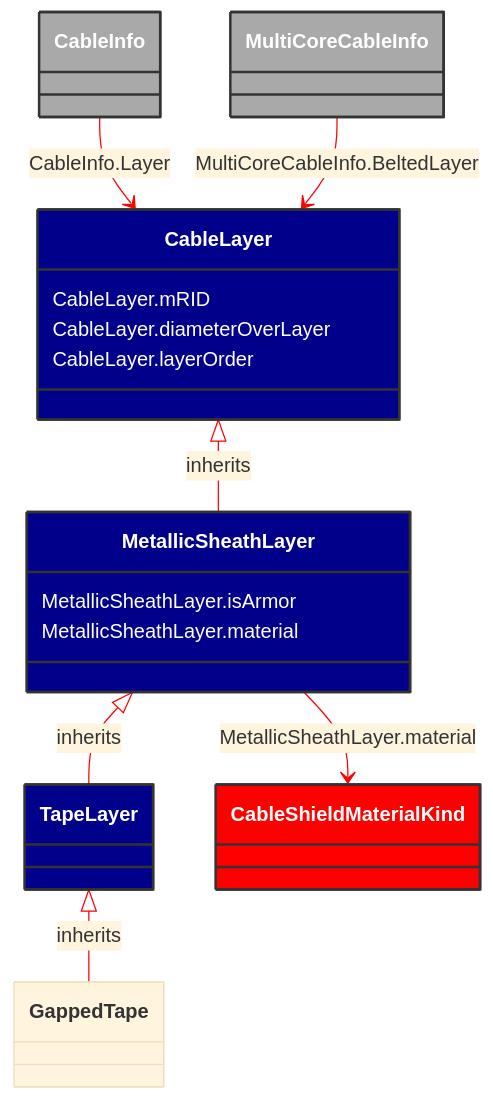
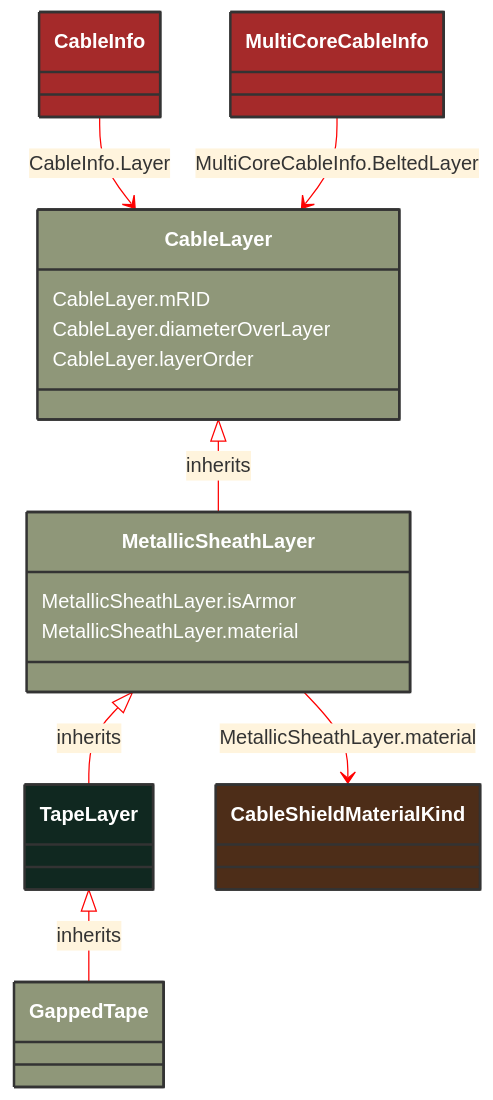
One commit to 3lbits/NoCIMExtensions changed the diagram in docs/Models/Profiles/SubseaCableInfo/ConcreteClasses/TapeLayer.md. Above: the diagram before and after it, drawn with Mermaid. The commit also changed 190 other files, not shown here.

````diff
--- a/docs/Models/Profiles/SubseaCableInfo/ConcreteClasses/TapeLayer.md
+++ b/docs/Models/Profiles/SubseaCableInfo/ConcreteClasses/TapeLayer.md
@@ -8,48 +8,46 @@
 ```mermaid
 %%{init: {'theme':'base','themeVariables': {'lineColor': '#FF0000'}}}%%
 classDiagram
     class TapeLayer
     click TapeLayer href "/Models/Profiles/SubseaCableInfo/ConcreteClasses/TapeLayer/"
-    style TapeLayer fill:#006400,stroke:#333,stroke-width:2px,rx:10,ry:10,color:white
+    style TapeLayer fill:#102820,stroke:#333,stroke-width:2px,rx:10,ry:10,color:white
 
         TapeLayer <|-- GappedTape : inherits
-            click TapeLayer href "/Models/Profiles/SubseaCableInfo/ConcreteClasses/TapeLayer/"
-            style TapeLayer fill:#00008B,stroke:#333,stroke-width:2px,rx:10,ry:10,color:white
 
         GappedTape
             click GappedTape href "/Models/Profiles/SubseaCableInfo/ConcreteClasses/GappedTape/"
-            style TapeLayer fill:#00008B,stroke:#333,stroke-width:2px,rx:10,ry:10,color:white
-
+            style GappedTape fill:#8F9779,stroke:#333,stroke-width:2px,rx:10,ry:10,color:white
+     
         MetallicSheathLayer <|-- TapeLayer : inherits
             click MetallicSheathLayer href "/Models/Profiles/SubseaCableInfo/ConcreteClasses/MetallicSheathLayer/"
-            style MetallicSheathLayer fill:#00008B,stroke:#333,stroke-width:2px,rx:10,ry:10,color:white
-
+            style MetallicSheathLayer fill:#8F9779,stroke:#333,stroke-width:2px,rx:10,ry:10,color:white
+     
         CableLayer <|-- MetallicSheathLayer : inherits
             click CableLayer href "/Models/Profiles/SubseaCableInfo/AbstractClasses/CableLayer/"
-            style CableLayer fill:#00008B,stroke:#333,stroke-width:2px,rx:10,ry:10,color:white
+            style CableLayer fill:#8F9779,stroke:#333,stroke-width:2px,rx:10,ry:10,color:white
 
 
         CableInfo --> CableLayer : CableInfo.Layer
 
         CableInfo
             click CableInfo href "/Models/Profiles/SubseaCableInfo/ConcreteClasses/CableInfo/"
-            style CableInfo fill:#A9A9A9,stroke:#333,stroke-width:2px,rx:10,ry:10,color:white
+            style CableInfo fill:#A52A2A,stroke:#333,stroke-width:2px,rx:10,ry:10,color:white
 
         MultiCoreCableInfo --> CableLayer : MultiCoreCableInfo.BeltedLayer
 
         MultiCoreCableInfo
             click MultiCoreCableInfo href "/Models/Profiles/SubseaCableInfo/ConcreteClasses/MultiCoreCableInfo/"
-            style MultiCoreCableInfo fill:#A9A9A9,stroke:#333,stroke-width:2px,rx:10,ry:10,color:white
+            style MultiCoreCableInfo fill:#A52A2A,stroke:#333,stroke-width:2px,rx:10,ry:10,color:white
 
         MetallicSheathLayer --> CableShieldMaterialKind : MetallicSheathLayer.material
 
         CableShieldMaterialKind
             click CableShieldMaterialKind href "/Models/Profiles/SubseaCableInfo/Enumerations/CableShieldMaterialKind/"
-            style CableShieldMaterialKind fill:#FF0000,stroke:#333,stroke-width:2px,rx:10,ry:10,color:white
+            style CableShieldMaterialKind fill:#4D2D18,stroke:#333,stroke-width:2px,rx:10,ry:10,color:white
 
         MetallicSheathLayer : MetallicSheathLayer.isArmor
         MetallicSheathLayer : MetallicSheathLayer.material
         CableLayer : CableLayer.mRID
         CableLayer : CableLayer.diameterOverLayer
         CableLayer : CableLayer.layerOrder
 ```
````
